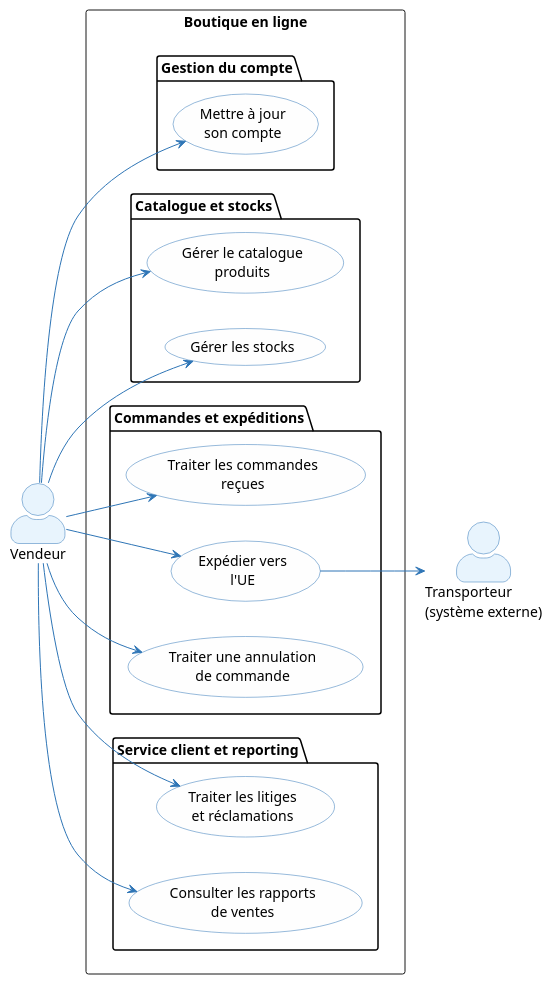
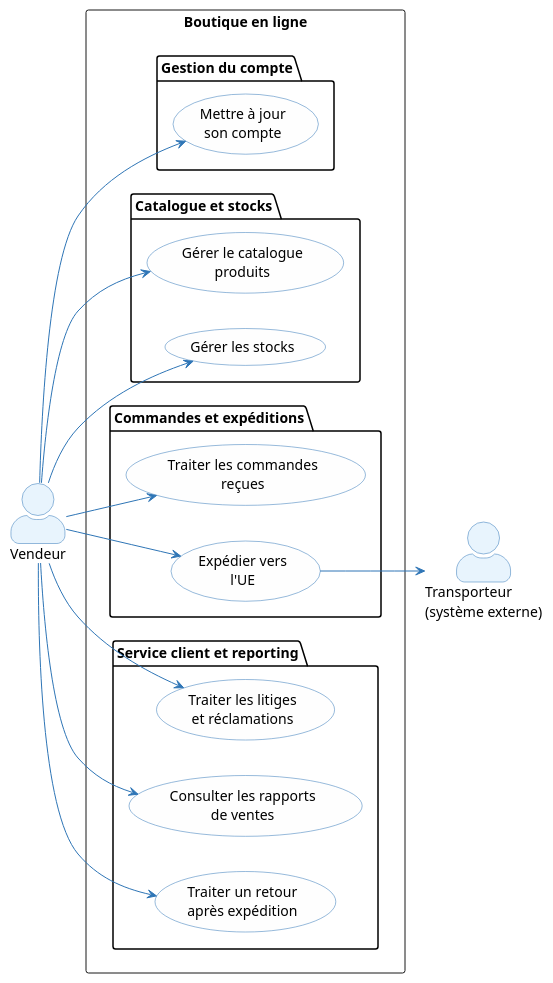
Before and after one commit to louistalvande/online_shop: the second of 6 diagrams in architecture/1_operational_analysis.adoc, drawn with PlantUML. The commit also changed other lines of this file, not shown here.

```diff
--- a/architecture/1_operational_analysis.adoc
+++ b/architecture/1_operational_analysis.adoc
@@ -117,47 +117,47 @@
 [plantuml, oa-uc-vendor, svg]
 ----
 skinparam actorStyle awesome
 skinparam usecase {
   BackgroundColor #FEFEFE
   BorderColor #2E75B6
   ArrowColor #2E75B6
 }
 skinparam actor {
   BackgroundColor #E8F4FD
   BorderColor #2E75B6
 }
 
 left to right direction
 
 actor "Vendeur" as Vendor
 actor "Transporteur\n(système externe)" as Carrier
 
 rectangle "Boutique en ligne" {
   package "Gestion du compte" {
     usecase (Mettre à jour\nson compte) as UC_V0
   }
   package "Catalogue et stocks" {
     usecase (Gérer le catalogue\nproduits) as UC_V1
     usecase (Gérer les stocks) as UC_V2
   }
   package "Commandes et expéditions" {
     usecase (Traiter les commandes\nreçues) as UC_V3
     usecase (Expédier vers\nl'UE) as UC_V4
-    usecase (Traiter une annulation\nde commande) as UC_V7
   }
   package "Service client et reporting" {
     usecase (Traiter les litiges\net réclamations) as UC_V5
     usecase (Consulter les rapports\nde ventes) as UC_V6
+    usecase (Traiter un retour\naprès expédition) as UC_V8
   }
 }
 
 Vendor --> UC_V0
 Vendor --> UC_V1
 Vendor --> UC_V2
 Vendor --> UC_V3
 Vendor --> UC_V4
 Vendor --> UC_V5
 Vendor --> UC_V6
-Vendor --> UC_V7
+Vendor --> UC_V8
 UC_V4 --> Carrier
 ----
```
